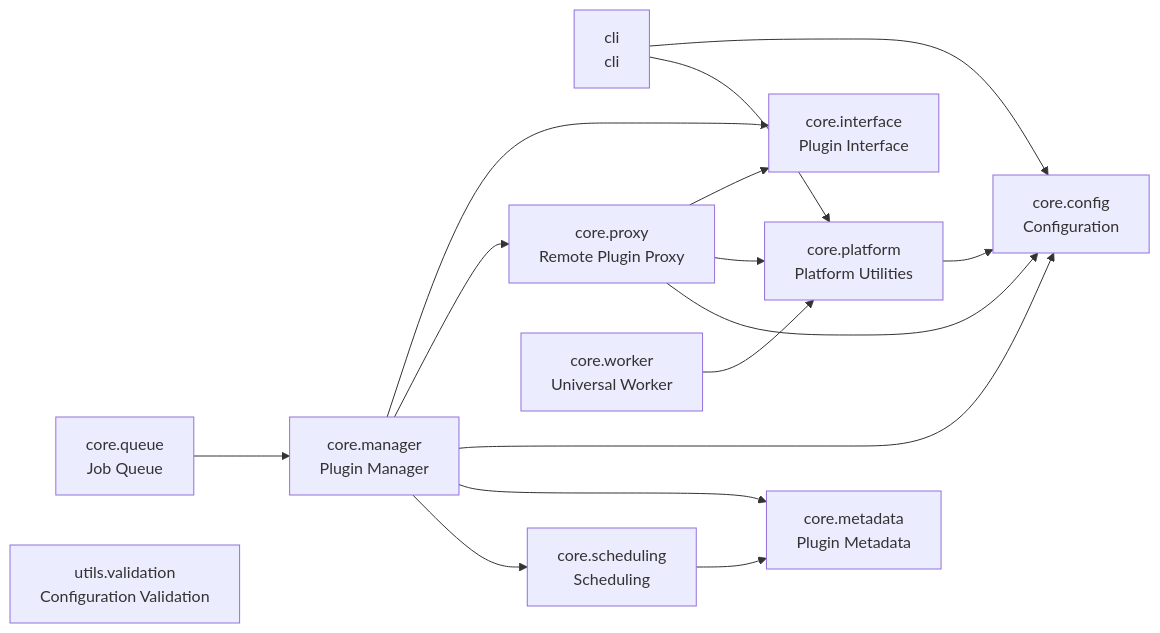
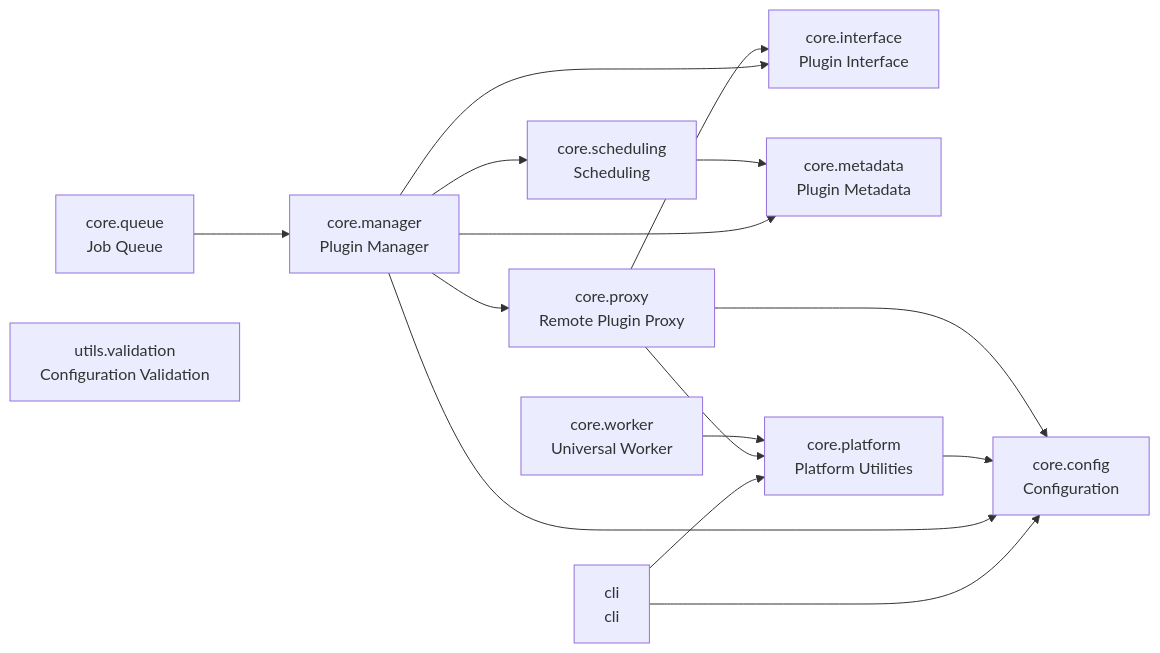
One commit to cj-mills/cjm-plugin-system changed the diagram in README.md. Above: the diagram before and after it, drawn with Mermaid. The commit also changed other lines of this file and 11 other files, not shown here.

````diff
--- a/README.md
+++ b/README.md
@@ -33,29 +33,29 @@
 ``` mermaid
 graph LR
     cli[cli<br/>cli]
     core_config[core.config<br/>Configuration]
     core_interface[core.interface<br/>Plugin Interface]
     core_manager[core.manager<br/>Plugin Manager]
     core_metadata[core.metadata<br/>Plugin Metadata]
     core_platform[core.platform<br/>Platform Utilities]
     core_proxy[core.proxy<br/>Remote Plugin Proxy]
     core_queue[core.queue<br/>Job Queue]
     core_scheduling[core.scheduling<br/>Scheduling]
     core_worker[core.worker<br/>Universal Worker]
     utils_validation[utils.validation<br/>Configuration Validation]
 
     cli --> core_platform
     cli --> core_config
-    core_manager --> core_scheduling
     core_manager --> core_metadata
     core_manager --> core_config
+    core_manager --> core_interface
+    core_manager --> core_scheduling
     core_manager --> core_proxy
-    core_manager --> core_interface
     core_platform --> core_config
+    core_proxy --> core_platform
     core_proxy --> core_config
-    core_proxy --> core_platform
     core_proxy --> core_interface
     core_queue --> core_manager
     core_scheduling --> core_metadata
     core_worker --> core_platform
 ```
````
